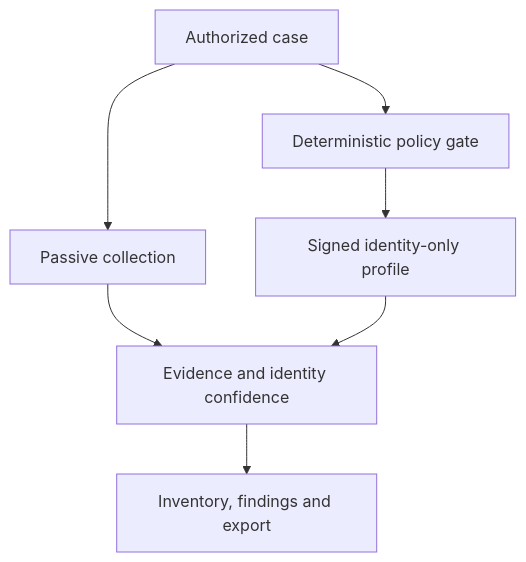
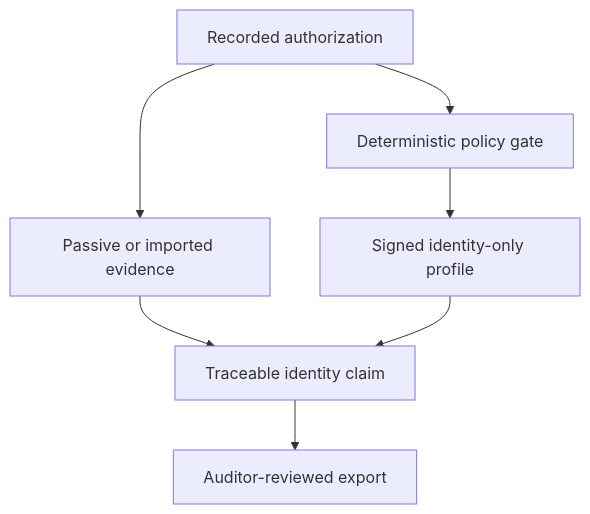
One commit to charifmahmoudi/mobile-ot-security-assessment changed the diagram in README.md. Above: the diagram before and after it, drawn with Mermaid. The commit also changed other lines of this file, not shown here.

Commit message:
evidence: revise README.md

````diff
--- a/README.md
+++ b/README.md
@@ -46,9 +35,9 @@
 ```mermaid
 flowchart TD
-  A[Authorized case] --> B[Passive collection]
-  B --> C[Evidence and identity confidence]
-  A --> D[Deterministic policy gate]
-  D --> E[Signed identity-only profile]
-  E --> C
-  C --> F[Inventory, findings and export]
+  A[Recorded authorization] --> B[Passive or imported evidence]
+  A --> C[Deterministic policy gate]
+  C --> D[Signed identity-only profile]
+  B --> E[Traceable identity claim]
+  D --> E
+  E --> F[Auditor-reviewed export]
 ```
````
